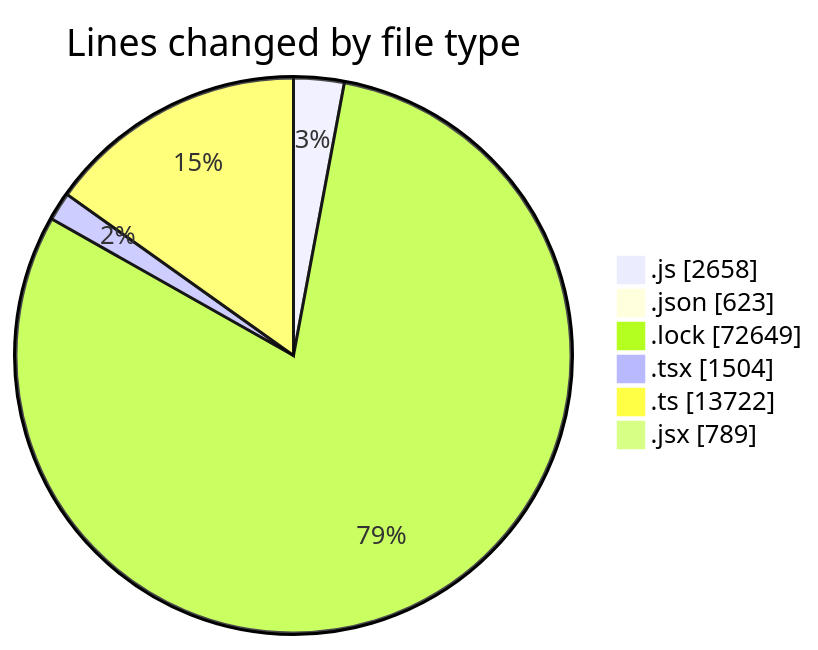
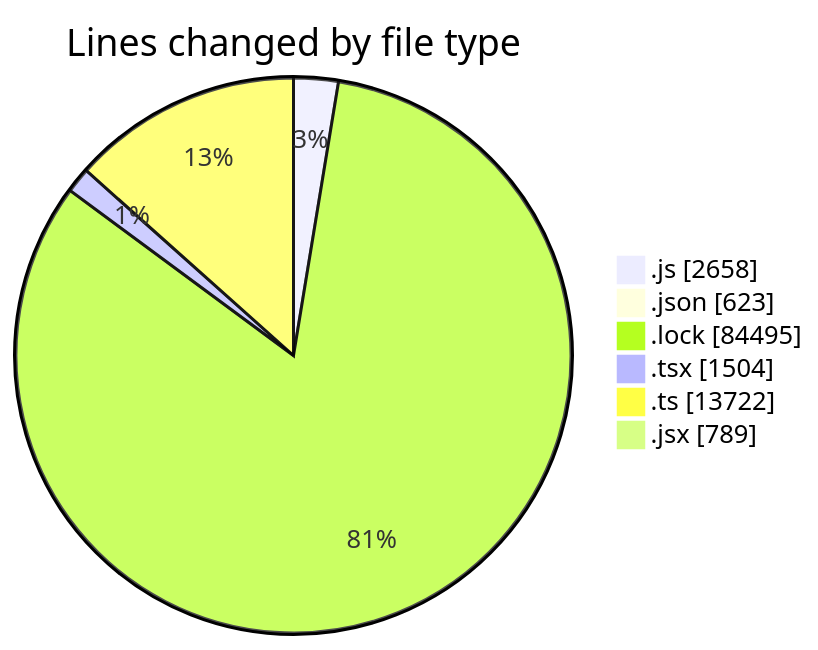
One commit to momahboobian/code-tracking changed the first of 2 diagrams in 2025-12-18/cda/README.md. Above: the diagram before and after it, drawn with Mermaid. The commit also changed other lines of this file and 1 other file, not shown here.

````diff
--- a/2025-12-18/cda/README.md
+++ b/2025-12-18/cda/README.md
@@ -73,10 +74,10 @@
 ```mermaid
 pie showData
 title Lines changed by file type
 ".js" : 2658
 ".json" : 623
-".lock" : 72649
+".lock" : 84495
 ".tsx" : 1504
 ".ts" : 13722
 ".jsx" : 789
 ```
````
